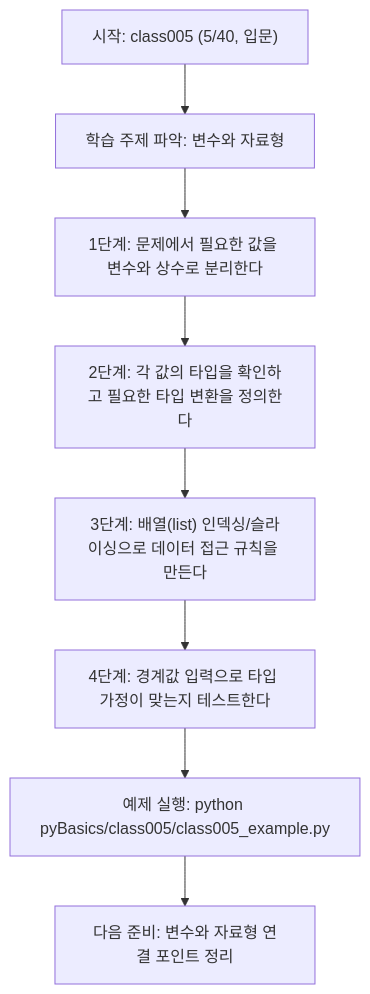
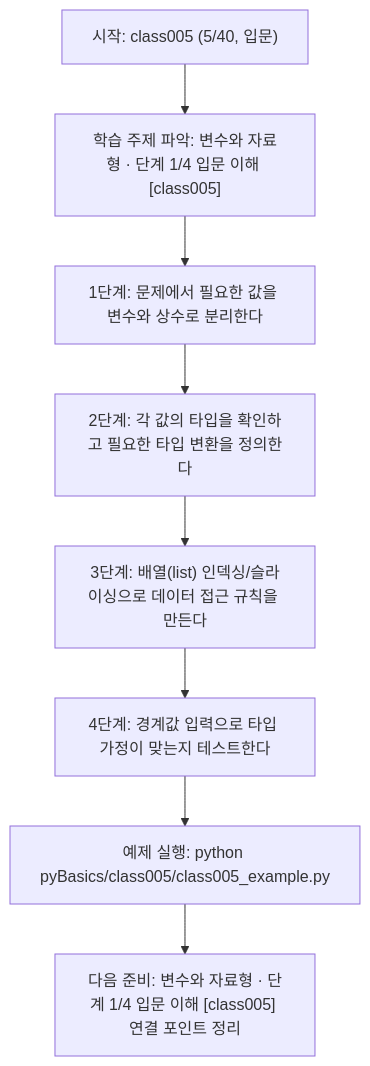
One commit to edumgt/Python-AI_Agent-Class changed the diagram in pyBasics/class005/class005.md. Above: the diagram before and after it, drawn with Mermaid. The commit also changed other lines of this file and 522 other files, not shown here.

````diff
--- a/pyBasics/class005/class005.md
+++ b/pyBasics/class005/class005.md
@@ -108,18 +109,18 @@
 ```mermaid
 flowchart TD
 N1["시작: class005 (5/40, 입문)"]
-N2["학습 주제 파악: 변수와 자료형"]
+N2["학습 주제 파악: 변수와 자료형 · 단계 1/4 입문 이해 [class005]"]
 N3["1단계: 문제에서 필요한 값을 변수와 상수로 분리한다"]
 N4["2단계: 각 값의 타입을 확인하고 필요한 타입 변환을 정의한다"]
 N5["3단계: 배열(list) 인덱싱/슬라이싱으로 데이터 접근 규칙을 만든다"]
 N6["4단계: 경계값 입력으로 타입 가정이 맞는지 테스트한다"]
 N7["예제 실행: python pyBasics/class005/class005_example.py"]
-N8["다음 준비: 변수와 자료형 연결 포인트 정리"]
+N8["다음 준비: 변수와 자료형 · 단계 1/4 입문 이해 [class005] 연결 포인트 정리"]
 N1 --> N2
 N2 --> N3
 N3 --> N4
 N4 --> N5
 N5 --> N6
 N6 --> N7
 N7 --> N8
 ```
````
